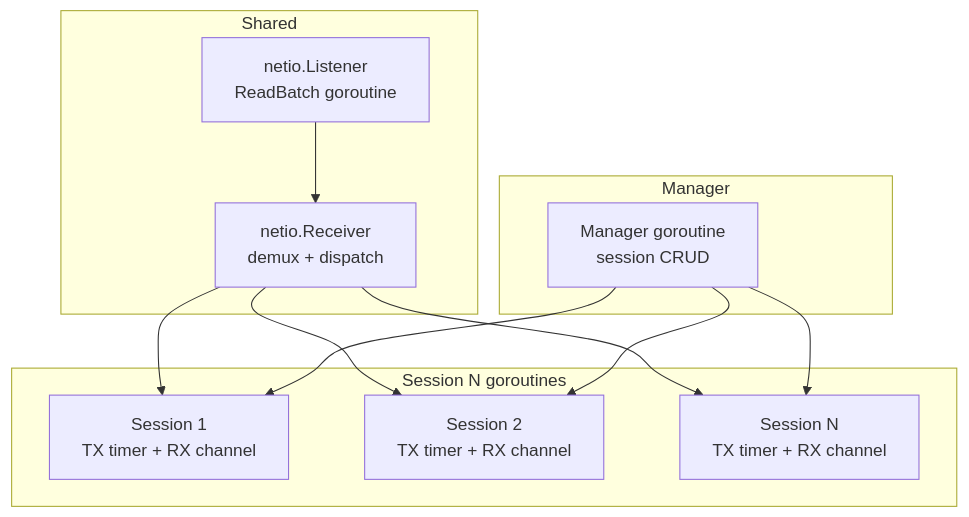
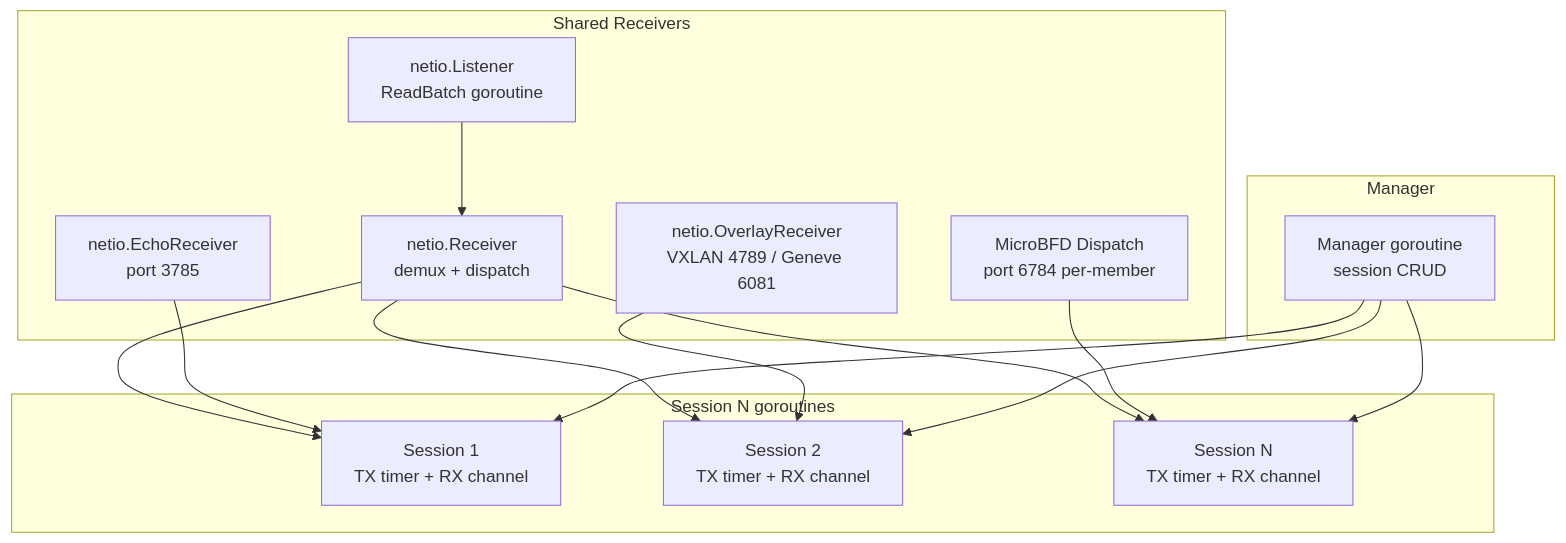
Before and after one commit to dantte-lp/gobfd: the sixth of 6 diagrams in docs/en/01-architecture.md, drawn with Mermaid. The commit also changed other lines of this file and 14 other files, not shown here.

````diff
--- a/docs/en/01-architecture.md
+++ b/docs/en/01-architecture.md
@@ -189,25 +191,31 @@
 ```mermaid
 graph TB
     subgraph "Manager"
         M["Manager goroutine<br/>session CRUD"]
     end
 
     subgraph "Session N goroutines"
         S1["Session 1<br/>TX timer + RX channel"]
         S2["Session 2<br/>TX timer + RX channel"]
         SN["Session N<br/>TX timer + RX channel"]
     end
 
-    subgraph "Shared"
+    subgraph "Shared Receivers"
         L["netio.Listener<br/>ReadBatch goroutine"]
         R["netio.Receiver<br/>demux + dispatch"]
+        ER["netio.EchoReceiver<br/>port 3785"]
+        OR["netio.OverlayReceiver<br/>VXLAN 4789 / Geneve 6081"]
+        MD["MicroBFD Dispatch<br/>port 6784 per-member"]
     end
 
     L --> R
     R --> S1
     R --> S2
     R --> SN
+    ER --> S1
+    OR --> S2
+    MD --> SN
     M --> S1
     M --> S2
     M --> SN
 ```
````
